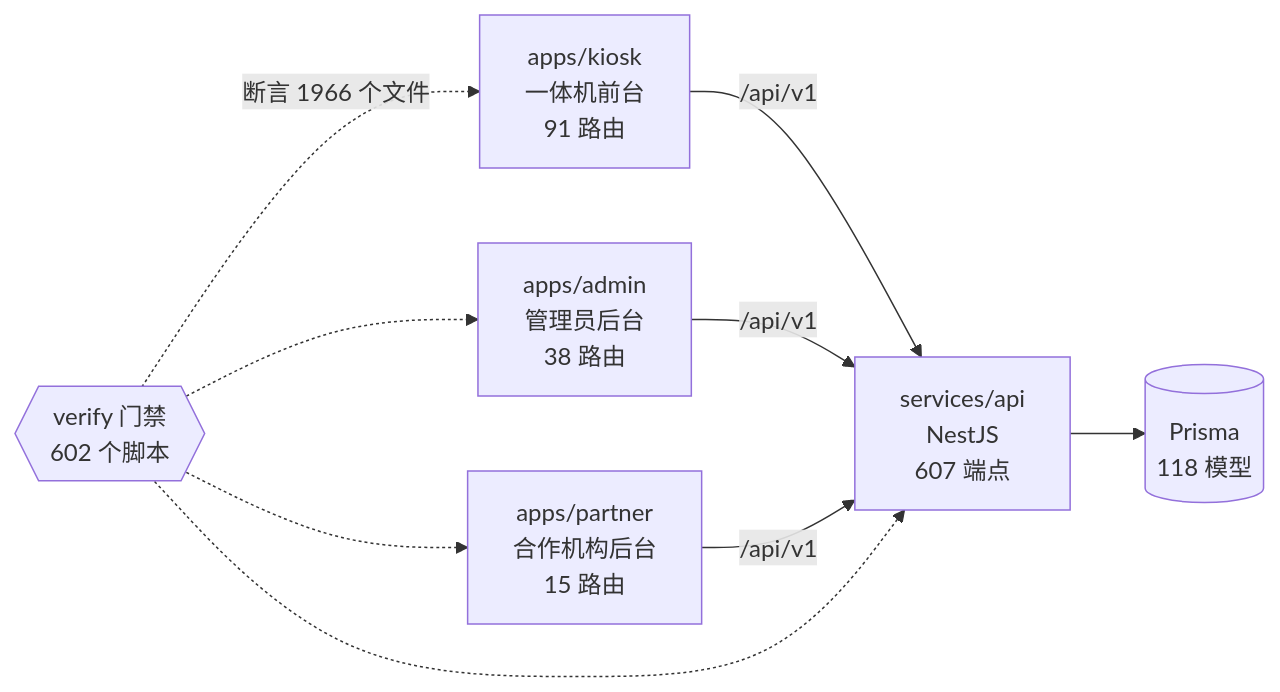
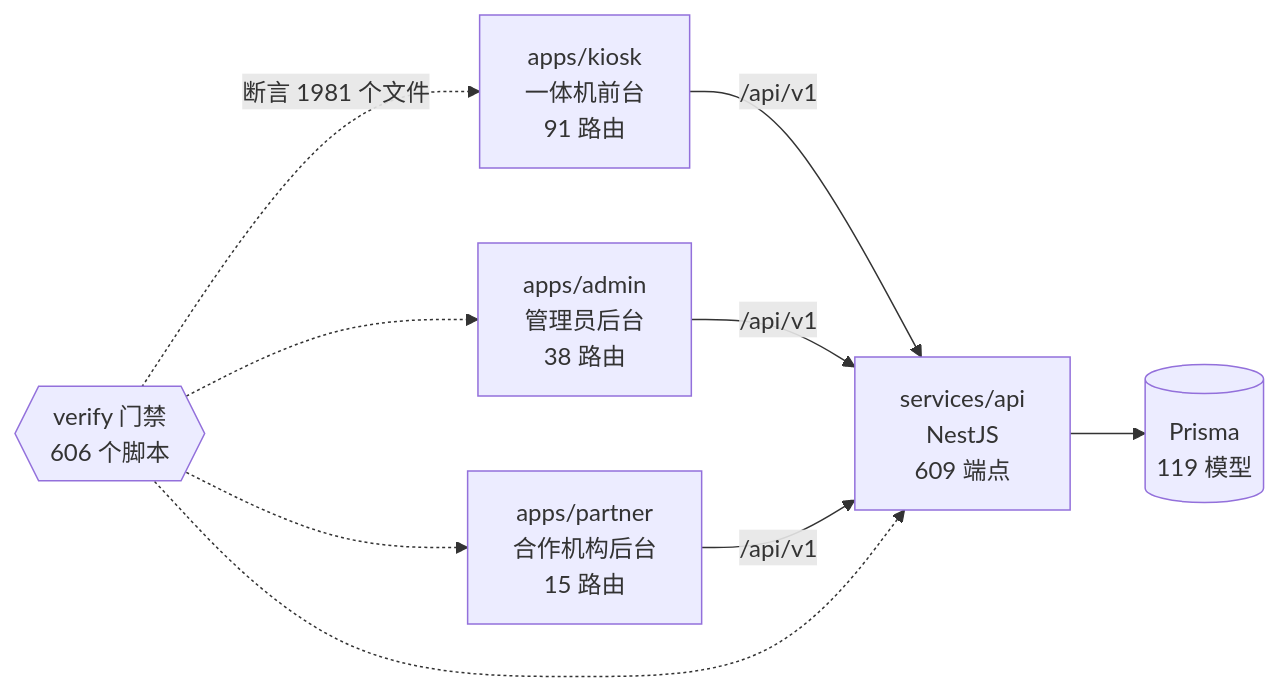
One commit to wanglei581/YITIJI changed the diagram in docs/graph/README.md. Above: the diagram before and after it, drawn with Mermaid. The commit also changed other lines of this file and 4 other files, not shown here.

Commit message:
chore(graph): 收口批次（A4 + B5 + B6a）合并后重生图谱

````diff
--- a/docs/graph/README.md
+++ b/docs/graph/README.md
@@ -68,18 +68,18 @@
 ```mermaid
 flowchart LR
   kiosk["apps/kiosk<br/>一体机前台<br/>91 路由"]
   admin["apps/admin<br/>管理员后台<br/>38 路由"]
   partner["apps/partner<br/>合作机构后台<br/>15 路由"]
-  api["services/api<br/>NestJS<br/>607 端点"]
-  db[("Prisma<br/>118 模型")]
-  gates{{"verify 门禁<br/>602 个脚本"}}
+  api["services/api<br/>NestJS<br/>609 端点"]
+  db[("Prisma<br/>119 模型")]
+  gates{{"verify 门禁<br/>606 个脚本"}}
 
   kiosk -->|"/api/v1"| api
   admin -->|"/api/v1"| api
   partner -->|"/api/v1"| api
   api --> db
-  gates -.->|"断言 1966 个文件"| kiosk
+  gates -.->|"断言 1981 个文件"| kiosk
   gates -.-> admin
   gates -.-> partner
   gates -.-> api
 ```
````
